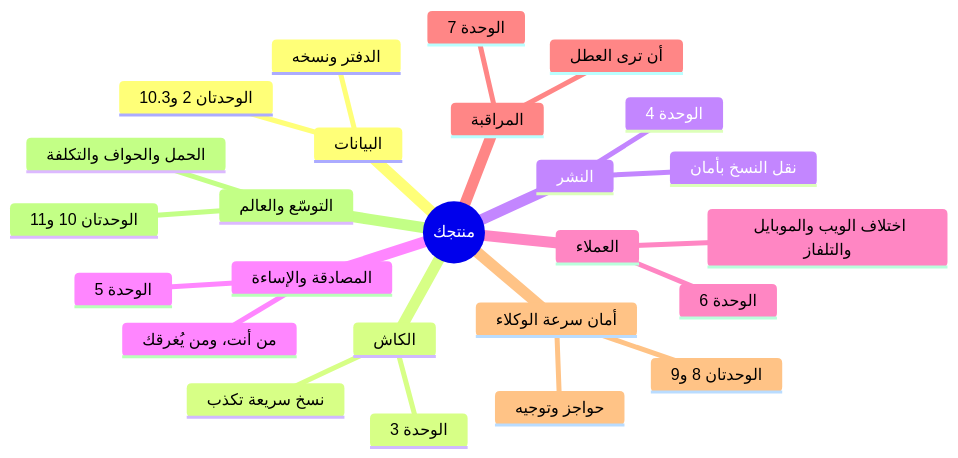
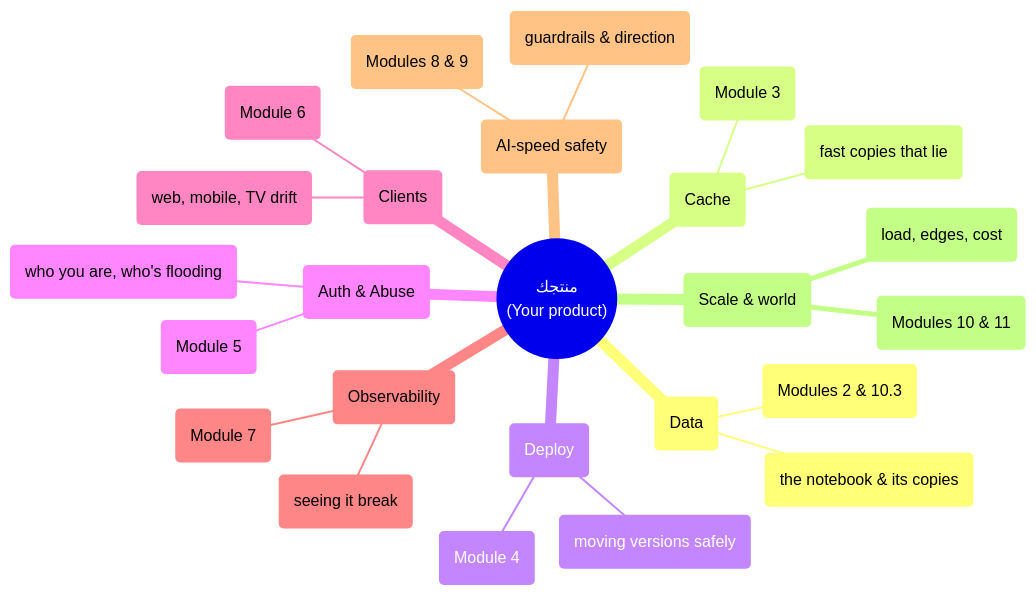
Before and after one commit to Tamoura/system-design-for-vibe-coders: the second of 3 diagrams in modules/0-the-gap/the-gap.ar.md, drawn with Mermaid. The commit also changed other lines of this file and 62 other files, not shown here.

First line of the commit message:
Arabic editions: English on every diagram label, RTL fixes, rebuild

````diff
--- a/modules/0-the-gap/the-gap.ar.md
+++ b/modules/0-the-gap/the-gap.ar.md
@@ -99,28 +99,28 @@
 ```mermaid
 mindmap
-  root((منتجك))
-    البيانات
-      الدفتر ونسخه
-      الوحدتان 2 و10.3
-    الكاش
-      نسخ سريعة تكذب
-      الوحدة 3
-    النشر
-      نقل النسخ بأمان
-      الوحدة 4
-    المصادقة والإساءة
-      من أنت، ومن يُغرقك
-      الوحدة 5
-    العملاء
-      اختلاف الويب والموبايل والتلفاز
-      الوحدة 6
-    المراقبة
-      أن ترى العطل
-      الوحدة 7
-    أمان سرعة الوكلاء
-      حواجز وتوجيه
-      الوحدتان 8 و9
-    التوسّع والعالم
-      الحمل والحواف والتكلفة
-      الوحدتان 10 و11
+  root(("منتجك<br/>(Your product)"))
+     (Data)
+       ونسخه (the notebook & its copies)
+       2 و10.3 (Modules 2 & 10.3)
+     (Cache)
+       سريعة تكذب (fast copies that lie)
+       3 (Module 3)
+     (Deploy)
+       النسخ بأمان (moving versions safely)
+       4 (Module 4)
+     والإساءة (Auth & Abuse)
+       أنت، ومن يُغرقك (who you are, who's flooding)
+       5 (Module 5)
+     (Clients)
+       الويب والموبايل والتلفاز (web, mobile, TV drift)
+       6 (Module 6)
+     (Observability)
+       ترى العطل (seeing it break)
+       7 (Module 7)
+     سرعة الوكلاء (AI-speed safety)
+       وتوجيه (guardrails & direction)
+       8 و9 (Modules 8 & 9)
+    ّع والعالم (Scale & world)
+       والحواف والتكلفة (load, edges, cost)
+       10 و11 (Modules 10 & 11)
 ```
````
